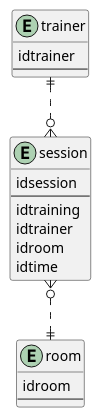
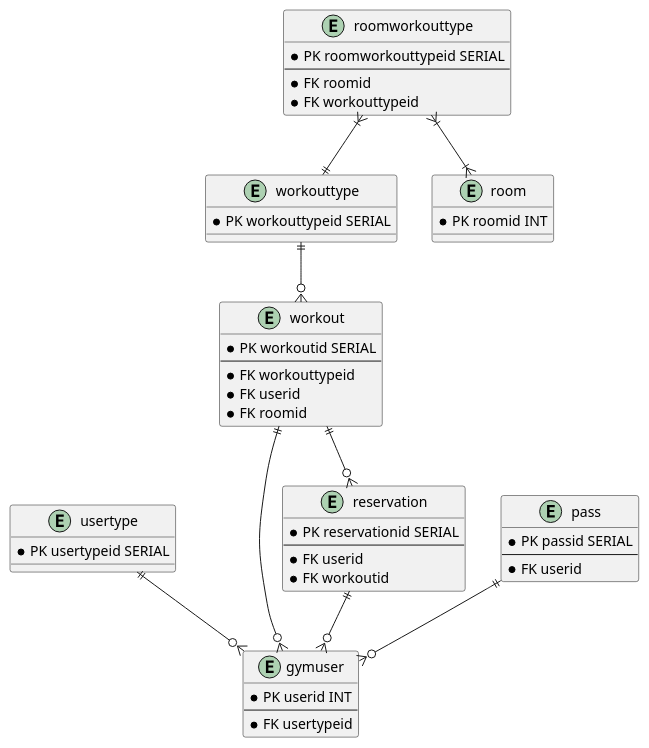
Before and after one commit to vitalispopoff/CentrumSportu: the diagram in _docs/SportHubDatabaseStructure.puml, drawn with PlantUML. The commit also changed 4 other files, not shown here.

```diff
--- a/_docs/SportHubDatabaseStructure.puml
+++ b/_docs/SportHubDatabaseStructure.puml
@@ -1,49 +1,65 @@
 @startuml
 
-/'entity training{
-idtraining
+Entity usertype{
+* PK usertypeid SERIAL
+}
+
+entity gymuser{
+* PK userid INT
 --
-}'/
+* FK usertypeid
+}
+
+entity workouttype{
+* PK workouttypeid SERIAL
+}
+
+entity workout{
+* PK workoutid SERIAL
+--
+* FK workouttypeid
+* FK userid
+* FK roomid
+}
+
+entity pass{
+* PK passid SERIAL
+--
+* FK userid
+}
+
+entity reservation{
+* PK reservationid SERIAL
+--
+* FK userid
+* FK workoutid
+}
 
 entity room{
-idroom
---
+* PK roomid INT
 }
 
-entity session{
-idsession
+entity roomworkouttype{
+* PK roomworkouttypeid SERIAL
 --
-idtraining
-idtrainer
-idroom
-idtime
+* FK roomid
+* FK workouttypeid
 }
 
-entity trainer{
-idtrainer
---
-}
+usertype ||==o{gymuser
+workouttype||==o{workout
+workout||==o{gymuser
+workout||==o{reservation
+reservation||==o{gymuser
+pass||==o{gymuser
 
+roomworkouttype}|==|{room
+roomworkouttype}|==||workouttype
 
-/'entity customer{
-}'/
-
-
-
-
-
-
-session }o..|| room
-
-trainer ||..o{ session
-'customer}o..o{ training
-'customer }o..o| room
-'trainer }|..||room
-'trainer||..o{ customer
 
 
 
 
 
 
 @enduml
```
